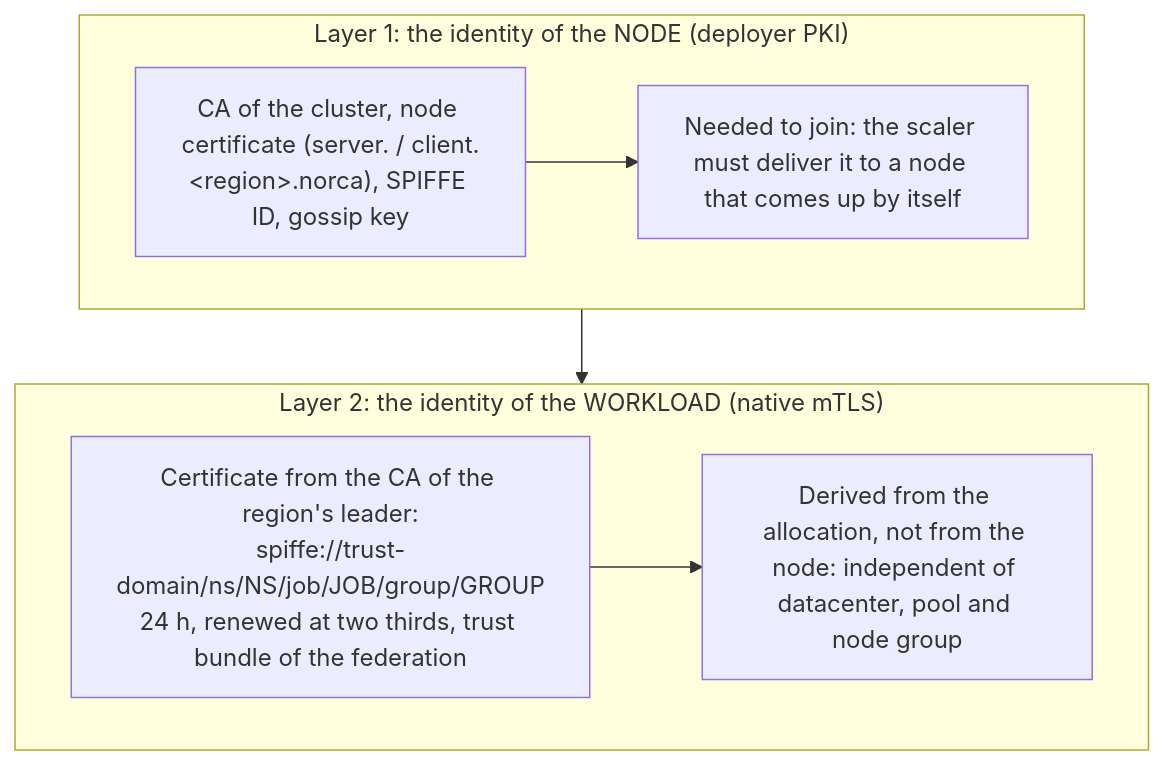
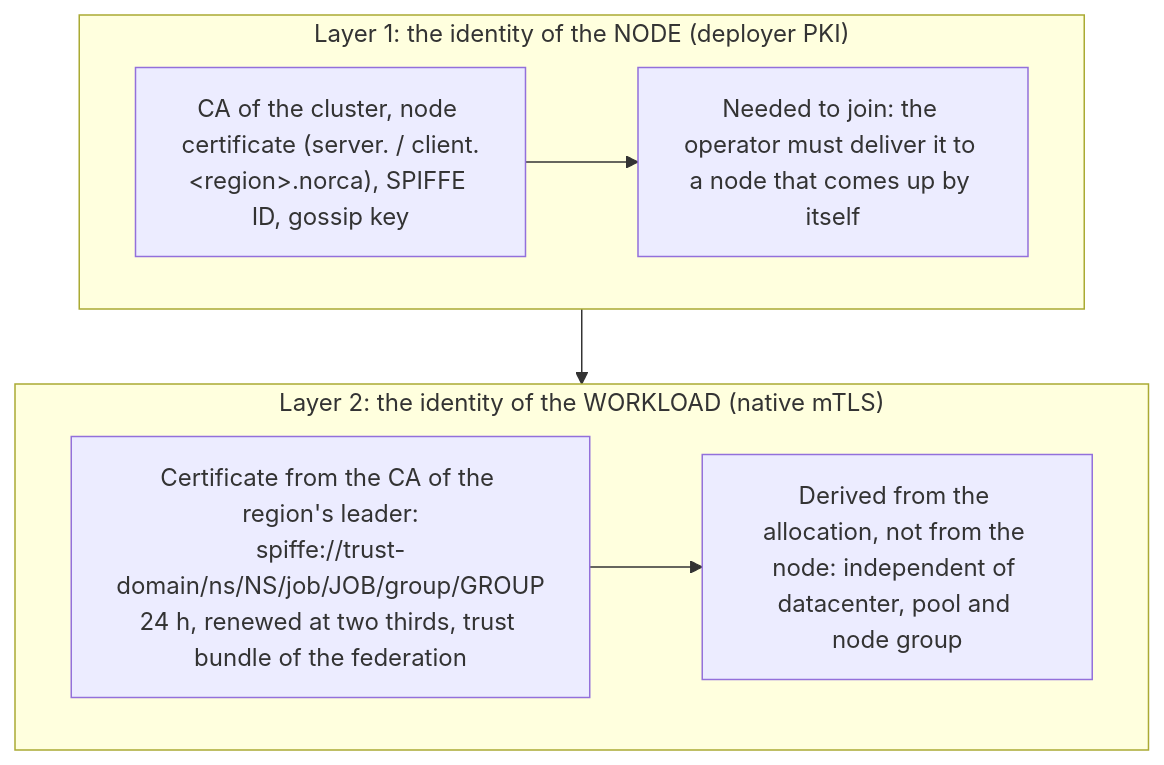
One commit to bacanoo-io/norca-doc changed diagram 11 of 11 in content/docs/design/cluster-scaling-plan.md. Above: the diagram before and after it, drawn with Mermaid. The commit also changed other lines of this file and 2 other files, not shown here.

Commit message:
Cluster scaling plan: decision in the core, actuation in an operator; where to run a controller

````diff
--- a/content/docs/design/cluster-scaling-plan.md
+++ b/content/docs/design/cluster-scaling-plan.md
@@ -441,12 +531,12 @@
 ```mermaid
 flowchart TB
   subgraph L1["Layer 1: the identity of the NODE (deployer PKI)"]
     C1["CA of the cluster, node certificate (server. / client.&lt;region&gt;.norca), SPIFFE ID, gossip key"]
-    C1 --> Q1["Needed to join: the scaler must deliver it to a node that comes up by itself"]
+    C1 --> Q1["Needed to join: the operator must deliver it to a node that comes up by itself"]
   end
   subgraph L2["Layer 2: the identity of the WORKLOAD (native mTLS)"]
     C2["Certificate from the CA of the region's leader:<br/>spiffe://trust-domain/ns/NS/job/JOB/group/GROUP<br/>24 h, renewed at two thirds, trust bundle of the federation"]
     C2 --> Q2["Derived from the allocation, not from the node: independent of datacenter, pool and node group"]
   end
   L1 --> L2
 ```
````
